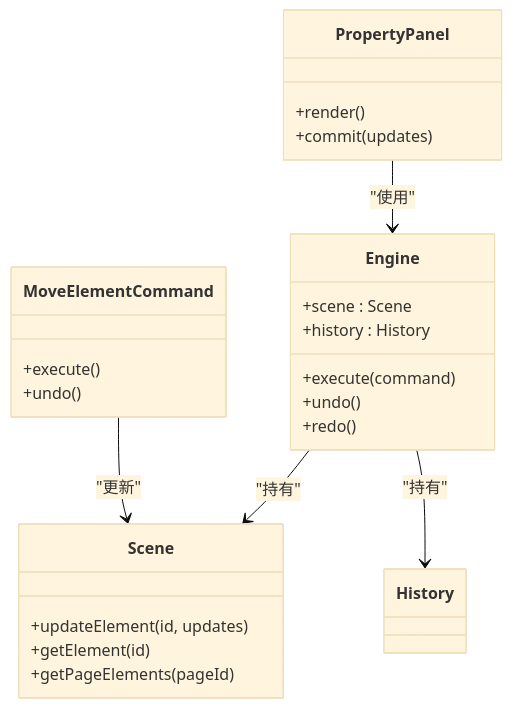
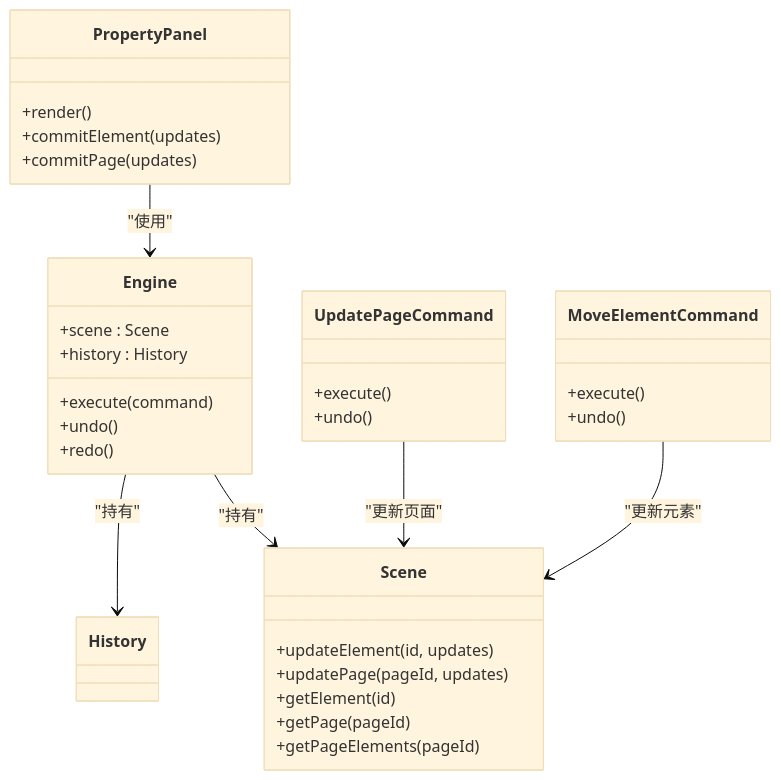
The fourth of 4 diagrams in .qoder/repowiki/zh/content/UI组件系统/属性面板 (PropertyPanel).md (Anna0314zy/ai_editor_enginer), drawn with Mermaid (base theme) before and after one commit. The commit also changed other lines of this file and 12 other files, not shown here.

Commit message:
Feat: 增加图形

````diff
--- a/.qoder/repowiki/zh/content/UI组件系统/属性面板 (PropertyPanel).md
+++ b/.qoder/repowiki/zh/content/UI组件系统/属性面板 (PropertyPanel).md
@@ -281,27 +335,35 @@
 ```mermaid
 classDiagram
 class Engine {
 +scene : Scene
 +history : History
 +execute(command)
 +undo()
 +redo()
 }
 class Scene {
 +updateElement(id, updates)
++updatePage(pageId, updates)
 +getElement(id)
++getPage(pageId)
 +getPageElements(pageId)
+}
+class UpdatePageCommand {
++execute()
++undo()
 }
 class MoveElementCommand {
 +execute()
 +undo()
 }
 class PropertyPanel {
 +render()
-+commit(updates)
++commitElement(updates)
++commitPage(updates)
 }
 Engine --> Scene : "持有"
 Engine --> History : "持有"
 PropertyPanel --> Engine : "使用"
-MoveElementCommand --> Scene : "更新"
+UpdatePageCommand --> Scene : "更新页面"
+MoveElementCommand --> Scene : "更新元素"
 ```
````
